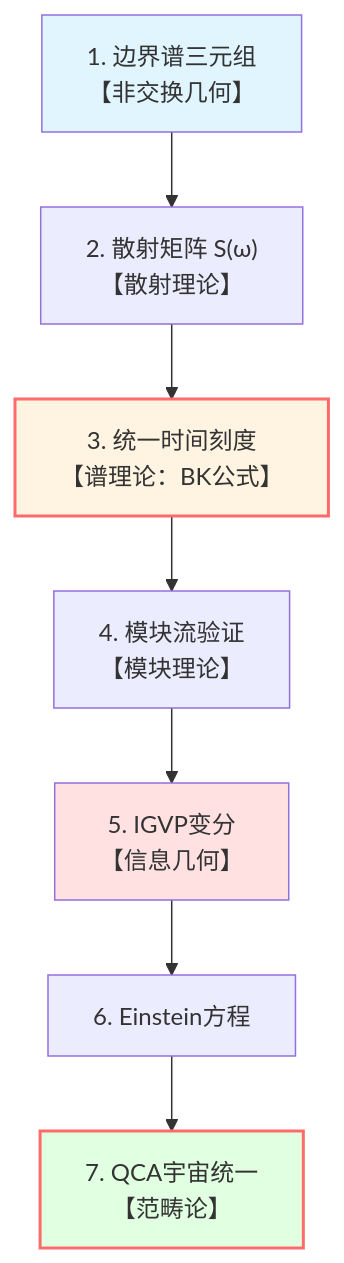
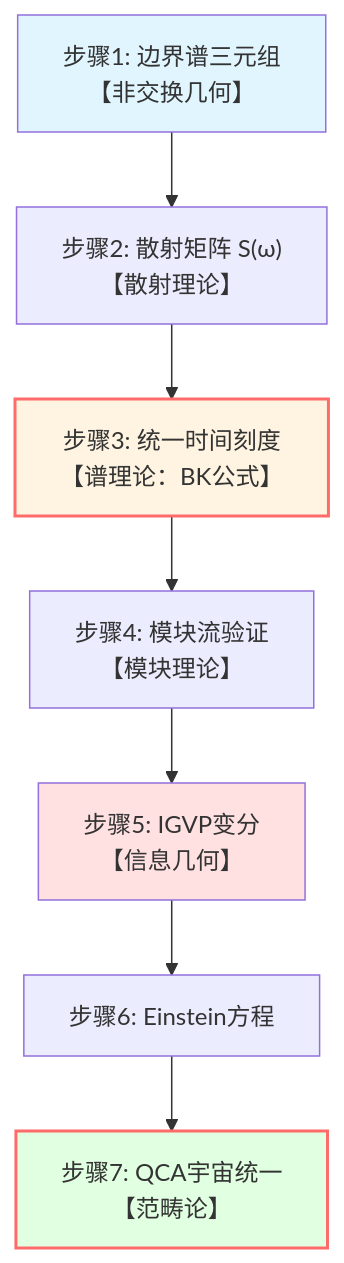
One commit to loning/zeckendorf-hilbert changed the second of 3 diagrams in docs/euler-article/gls-union/03-mathematical-tools/07-tools-summary.md. Above: the diagram before and after it, drawn with Mermaid. The commit also changed 26 other files, not shown here.

````diff
--- a/docs/euler-article/gls-union/03-mathematical-tools/07-tools-summary.md
+++ b/docs/euler-article/gls-union/03-mathematical-tools/07-tools-summary.md
@@ -180,14 +180,14 @@
 ```mermaid
 graph TB
-    S1["1. 边界谱三元组<br/>【非交换几何】"] --> S2["2. 散射矩阵 S(ω)<br/>【散射理论】"]
-    S2 --> S3["3. 统一时间刻度<br/>【谱理论：BK公式】"]
-    S3 --> S4["4. 模块流验证<br/>【模块理论】"]
-    S4 --> S5["5. IGVP变分<br/>【信息几何】"]
-    S5 --> S6["6. Einstein方程"]
-    S6 --> S7["7. QCA宇宙统一<br/>【范畴论】"]
+    S1["步骤1: 边界谱三元组<br/>【非交换几何】"] --> S2["步骤2: 散射矩阵 S(ω)<br/>【散射理论】"]
+    S2 --> S3["步骤3: 统一时间刻度<br/>【谱理论：BK公式】"]
+    S3 --> S4["步骤4: 模块流验证<br/>【模块理论】"]
+    S4 --> S5["步骤5: IGVP变分<br/>【信息几何】"]
+    S5 --> S6["步骤6: Einstein方程"]
+    S6 --> S7["步骤7: QCA宇宙统一<br/>【范畴论】"]
 
     style S1 fill:#e1f5ff
     style S3 fill:#fff4e1,stroke:#ff6b6b,stroke-width:2px
     style S5 fill:#ffe1e1
     style S7 fill:#e1ffe1,stroke:#ff6b6b,stroke-width:2px
 ```
````
